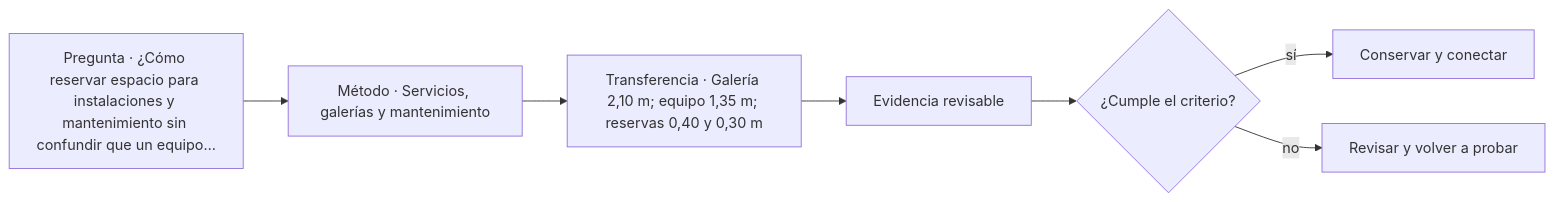
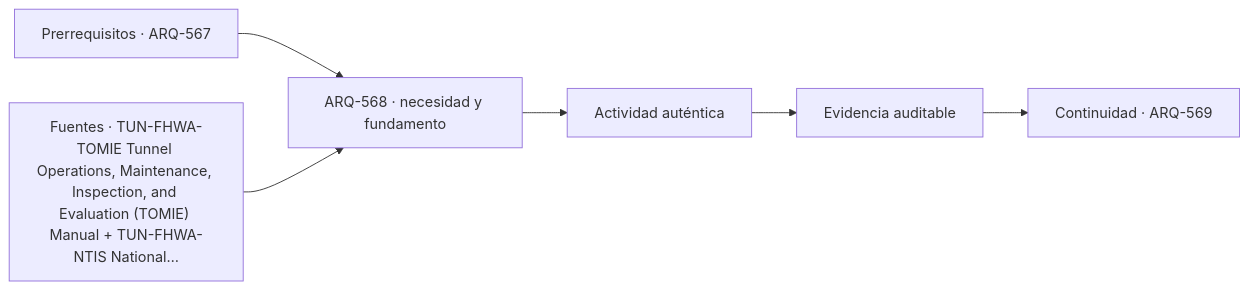
Before and after one commit to vladimiracunadev-create/architecture-built-environment-learning-program: the diagram in classes/parte-57/ARQ-568.md, drawn with Mermaid. The commit also changed other lines of this file and 761 other files, not shown here.

````diff
--- a/classes/parte-57/ARQ-568.md
+++ b/classes/parte-57/ARQ-568.md
@@ -105,9 +117,8 @@
 ```mermaid
 flowchart LR
-    Q["Pregunta · ¿Cómo reservar espacio para instalaciones y mantenimiento sin confundir que un equipo…"] --> M["Método · Servicios, galerías y mantenimiento"]
-    M --> P["Transferencia · Galería 2,10 m; equipo 1,35 m; reservas 0,40 y 0,30 m"]
-    P --> E["Evidencia revisable"]
-    E --> C{"¿Cumple el criterio?"}
-    C -->|sí| T["Conservar y conectar"]
-    C -->|no| R["Revisar y volver a probar"]
+    A["Prerrequisitos · ARQ-567"] --> B["ARQ-568 · necesidad y fundamento"]
+    S["Fuentes · TUN-FHWA-TOMIE Tunnel Operations, Maintenance, Inspection, and Evaluation (TOMIE) Manual + TUN-FHWA-NTIS National…"] --> B
+    B --> C["Actividad auténtica"]
+    C --> D["Evidencia auditable"]
+    D --> E["Continuidad · ARQ-569"]
 ```
````
